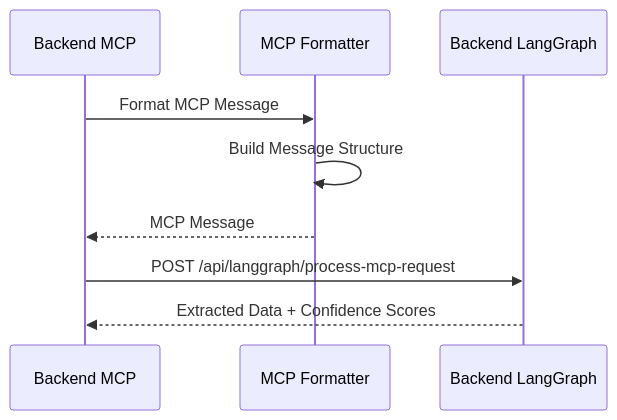
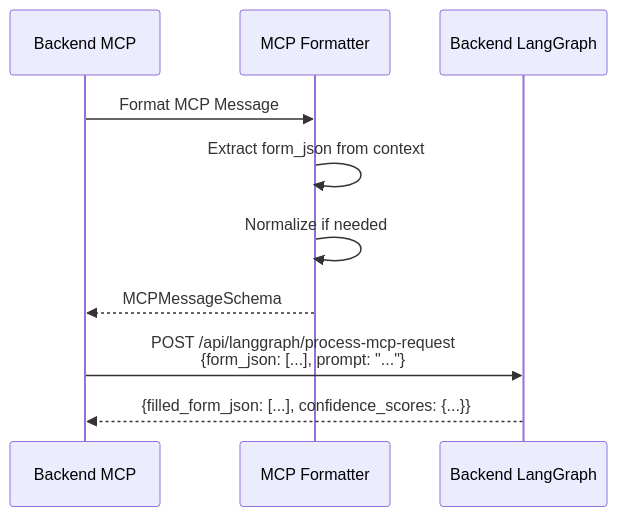
One commit to Yasser1AITLAZIZ/sfd-clm changed the seventh of 14 diagrams in docs/PIPELINE_FLOW.md. Above: the diagram before and after it, drawn with Mermaid. The commit also changed other lines of this file and 40 other files, not shown here.

Commit message:
new architecture setup

````diff
--- a/docs/PIPELINE_FLOW.md
+++ b/docs/PIPELINE_FLOW.md
@@ -172,12 +254,13 @@
 ```mermaid
 sequenceDiagram
     participant MCP as Backend MCP
     participant Formatter as MCP Formatter
     participant LG as Backend LangGraph
     
     MCP->>Formatter: Format MCP Message
-    Formatter->>Formatter: Build Message Structure
-    Formatter-->>MCP: MCP Message
-    MCP->>LG: POST /api/langgraph/process-mcp-request
-    LG-->>MCP: Extracted Data + Confidence Scores
+    Formatter->>Formatter: Extract form_json from context
+    Formatter->>Formatter: Normalize if needed
+    Formatter-->>MCP: MCPMessageSchema
+    MCP->>LG: POST /api/langgraph/process-mcp-request<br/>{form_json: [...], prompt: "..."}
+    LG-->>MCP: {filled_form_json: [...], confidence_scores: {...}}
 ```
````
